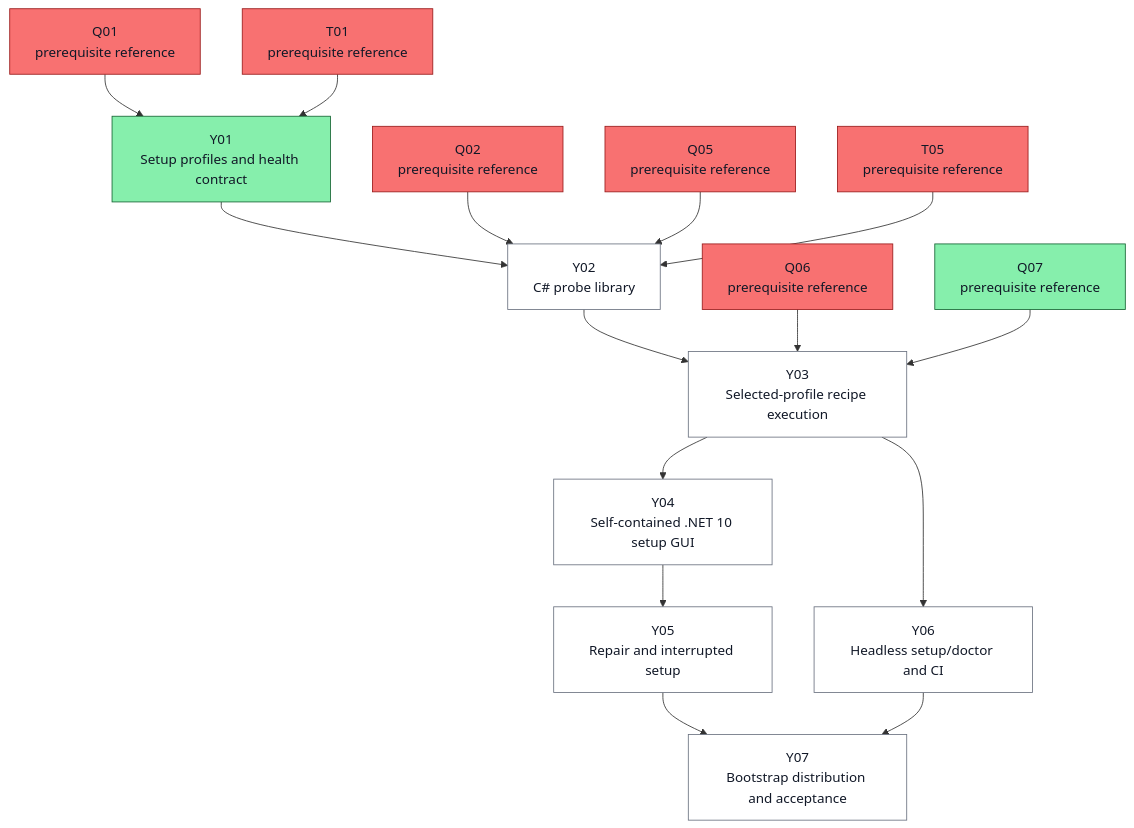
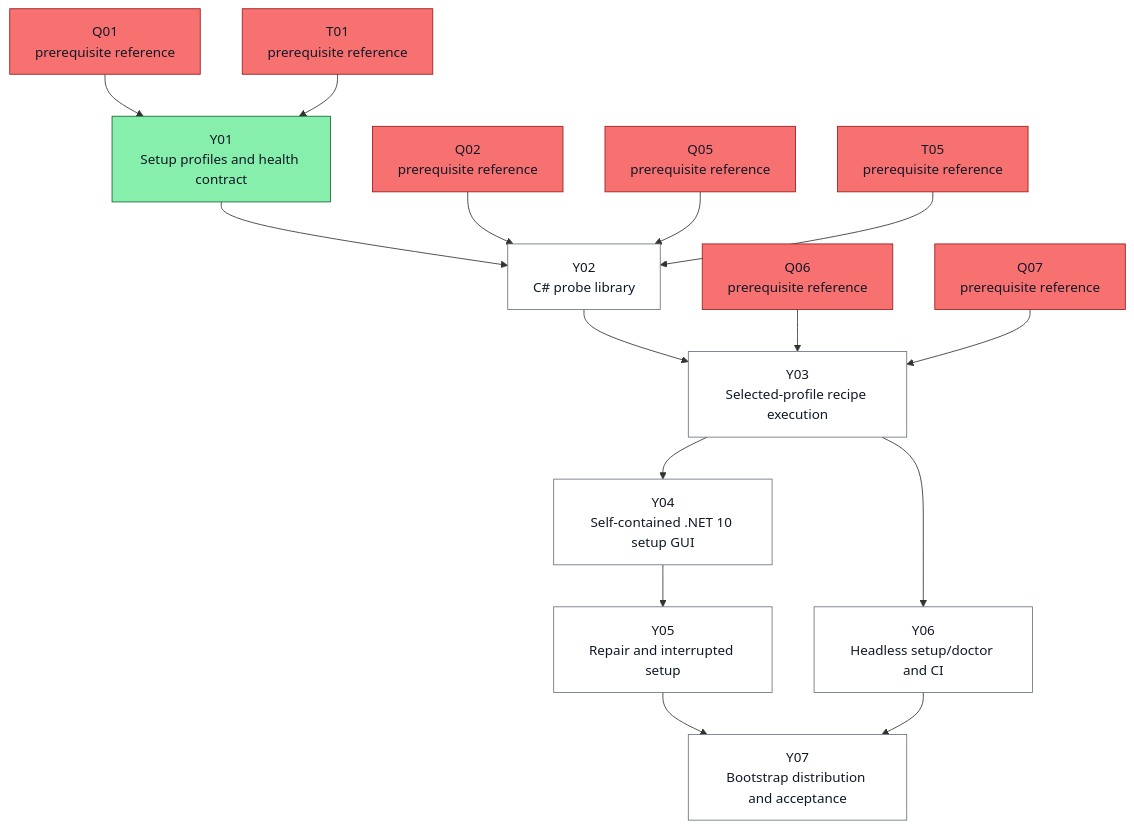
Diagram 25 of 25 in docs/task-dependencies.md (ocarizr/spaceraiders), drawn with Mermaid before and after one commit. The commit also changed other lines of this file and 9 other files, not shown here.

````diff
--- a/docs/task-dependencies.md
+++ b/docs/task-dependencies.md
@@ -1299,34 +1298,34 @@
 ```mermaid
 flowchart TD
     ref_Y_Q01["Q01<br/>prerequisite reference"]:::done
     ref_Y_Q02["Q02<br/>prerequisite reference"]:::done
     ref_Y_Q05["Q05<br/>prerequisite reference"]:::done
     ref_Y_Q06["Q06<br/>prerequisite reference"]:::done
-    ref_Y_Q07["Q07<br/>prerequisite reference"]:::ready
+    ref_Y_Q07["Q07<br/>prerequisite reference"]:::done
     ref_Y_T01["T01<br/>prerequisite reference"]:::done
     ref_Y_T05["T05<br/>prerequisite reference"]:::done
     Y01["Y01<br/>Setup profiles and health contract"]:::ready
     Y02["Y02<br/>C# probe library"]:::pending
     Y03["Y03<br/>Selected-profile recipe execution"]:::pending
     Y04["Y04<br/>Self-contained .NET 10 setup GUI"]:::pending
     Y05["Y05<br/>Repair and interrupted setup"]:::pending
     Y06["Y06<br/>Headless setup/doctor and CI"]:::pending
     Y07["Y07<br/>Bootstrap distribution and acceptance"]:::pending
     ref_Y_Q01 --> Y01
     ref_Y_T01 --> Y01
     Y01 --> Y02
     ref_Y_Q02 --> Y02
     ref_Y_Q05 --> Y02
     ref_Y_T05 --> Y02
     Y02 --> Y03
     ref_Y_Q06 --> Y03
     ref_Y_Q07 --> Y03
     Y03 --> Y04
     Y04 --> Y05
     Y03 --> Y06
     Y05 --> Y07
     Y06 --> Y07
     classDef pending fill:#ffffff,stroke:#6b7280,color:#111827
     classDef ready fill:#86efac,stroke:#166534,color:#111827
     classDef done fill:#f87171,stroke:#991b1b,color:#111827
 ```
````
